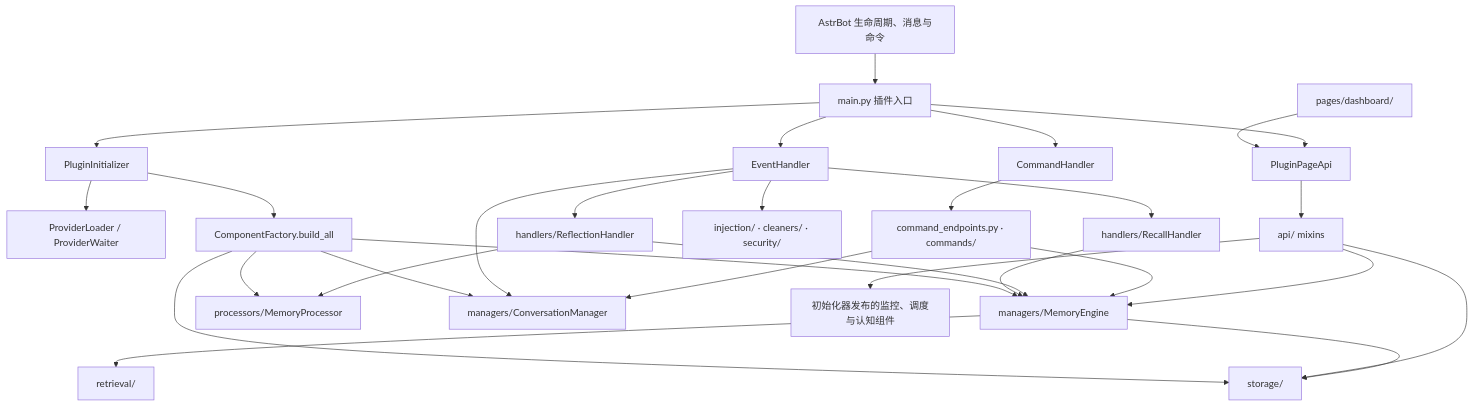
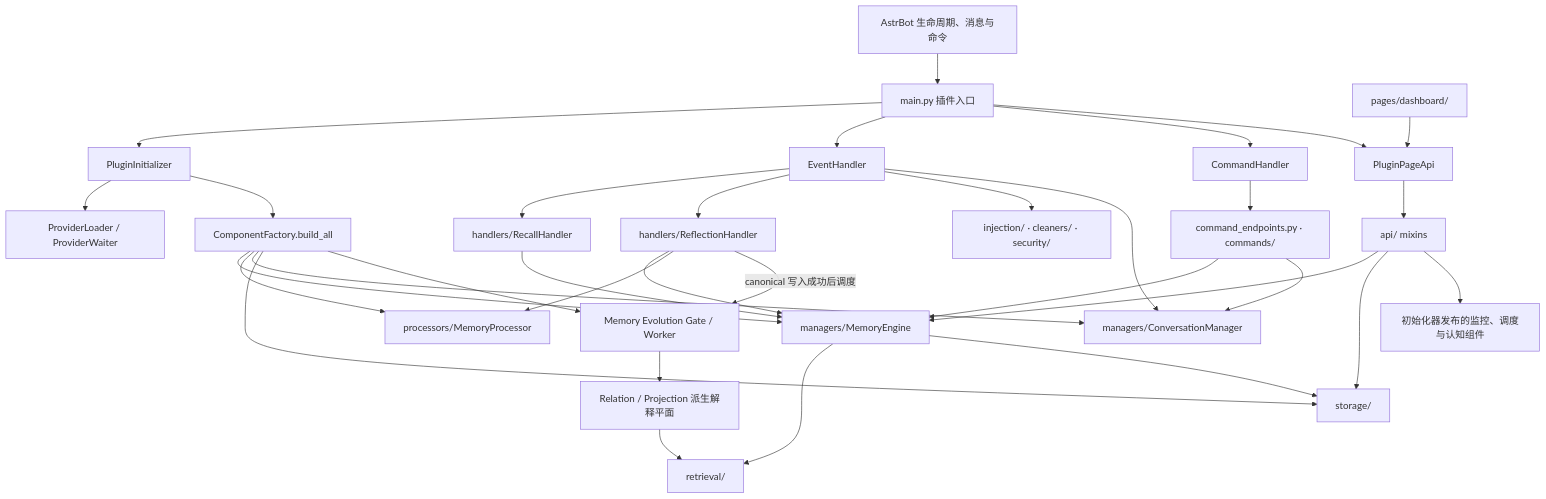
One commit to INSide-734/astrbot_plugin_memora changed the diagram in core/AGENTS.md. Above: the diagram before and after it, drawn with Mermaid. The commit also changed other lines of this file and 16 other files, not shown here.

Commit message:
docs(agents): sync memory evolution and dashboard changes

````diff
--- a/core/AGENTS.md
+++ b/core/AGENTS.md
@@ -44,35 +44,39 @@
 ```mermaid
 flowchart TD
     AstrBot[AstrBot 生命周期、消息与命令] --> Main[main.py 插件入口]
     Main --> Init[PluginInitializer]
     Init --> Providers[ProviderLoader / ProviderWaiter]
     Init --> Factory[ComponentFactory.build_all]
     Factory --> Engine[managers/MemoryEngine]
     Factory --> Processor[processors/MemoryProcessor]
     Factory --> Conversation[managers/ConversationManager]
     Factory --> Stores[storage/]
+    Factory --> Evolution[Memory Evolution Gate / Worker]
 
     Main --> Events[EventHandler]
     Events --> Recall[handlers/RecallHandler]
     Events --> Reflection[handlers/ReflectionHandler]
     Events --> Injection[injection/ · cleaners/ · security/]
     Recall --> Engine
     Reflection --> Engine
     Reflection --> Processor
     Events --> Conversation
+    Reflection -->|canonical 写入成功后调度| Evolution
 
     Main --> Commands[CommandHandler]
     Commands --> Endpoints[command_endpoints.py · commands/]
     Endpoints --> Engine
     Endpoints --> Conversation
 
     Dashboard[pages/dashboard/] --> Page[PluginPageApi]
     Main --> Page
     Page --> ApiMixins[api/ mixins]
     ApiMixins --> Engine
     ApiMixins --> Stores
     ApiMixins --> Runtime[初始化器发布的监控、调度与认知组件]
 
     Engine --> Retrieval[retrieval/]
     Engine --> Stores
+    Evolution --> Derived[Relation / Projection 派生解释平面]
+    Derived --> Retrieval
 ```
````
